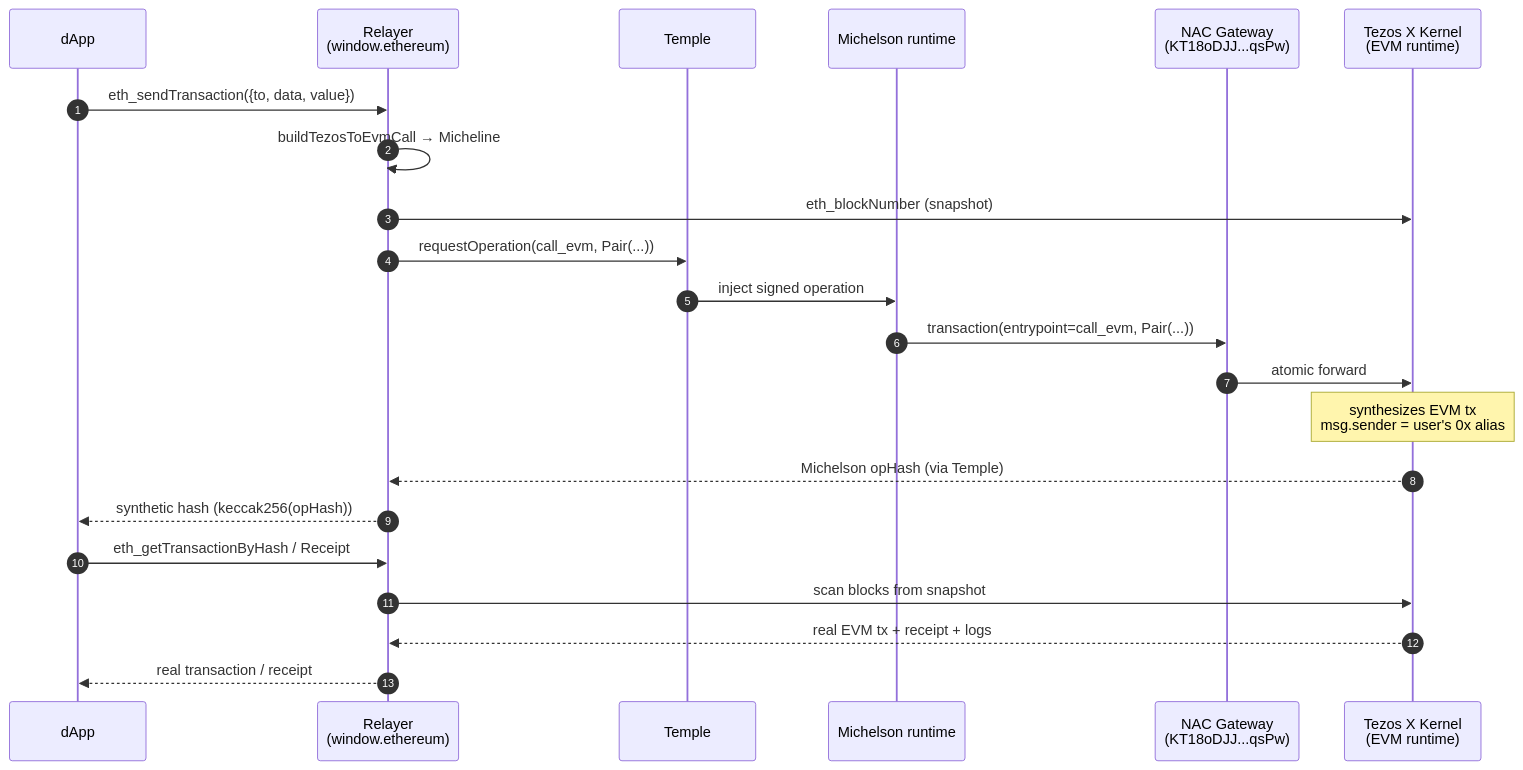
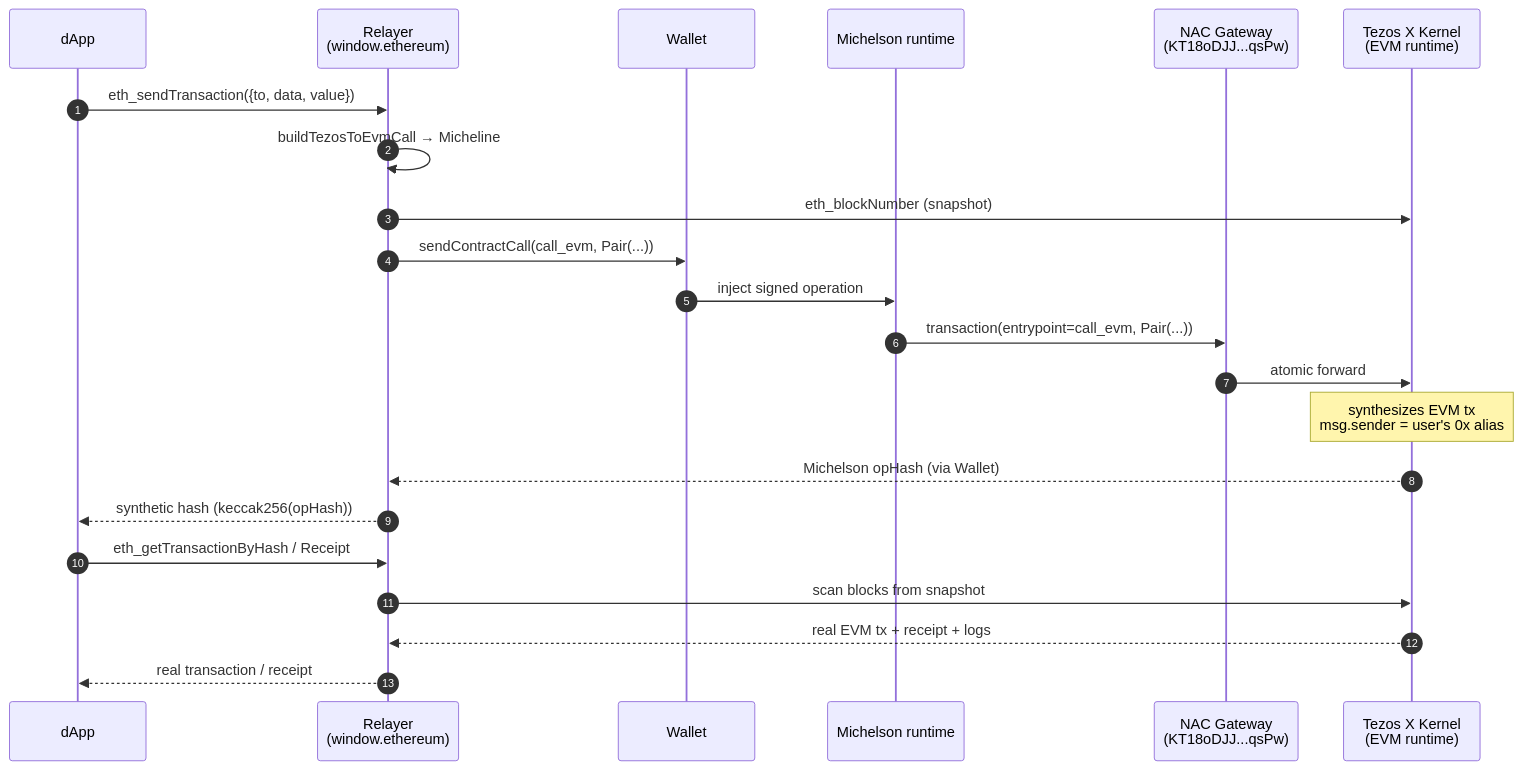
One commit to Rasalghulsslayer/tezos-x-wallet-mod changed the diagram in website/docs/architecture/nac-gateway.md. Above: the diagram before and after it, drawn with Mermaid. The commit also changed other lines of this file and 498 other files, not shown here.

````diff
--- a/website/docs/architecture/nac-gateway.md
+++ b/website/docs/architecture/nac-gateway.md
@@ -115,25 +125,25 @@
 ```mermaid
 sequenceDiagram
     autonumber
     participant dApp
     participant Relayer as Relayer<br/>(window.ethereum)
-    participant Temple
+    participant Wallet
     participant Michelson as Michelson runtime
     participant Gateway as NAC Gateway<br/>(KT18oDJJ...qsPw)
     participant Kernel as Tezos X Kernel<br/>(EVM runtime)
 
     dApp->>Relayer: eth_sendTransaction({to, data, value})
     Relayer->>Relayer: buildTezosToEvmCall → Micheline
     Relayer->>Kernel: eth_blockNumber (snapshot)
-    Relayer->>Temple: requestOperation(call_evm, Pair(...))
-    Temple->>Michelson: inject signed operation
+    Relayer->>Wallet: sendContractCall(call_evm, Pair(...))
+    Wallet->>Michelson: inject signed operation
     Michelson->>Gateway: transaction(entrypoint=call_evm, Pair(...))
     Gateway->>Kernel: atomic forward
     Note over Kernel: synthesizes EVM tx<br/>msg.sender = user's 0x alias
-    Kernel-->>Relayer: Michelson opHash (via Temple)
+    Kernel-->>Relayer: Michelson opHash (via Wallet)
     Relayer-->>dApp: synthetic hash (keccak256(opHash))
     dApp->>Relayer: eth_getTransactionByHash / Receipt
     Relayer->>Kernel: scan blocks from snapshot
     Kernel-->>Relayer: real EVM tx + receipt + logs
     Relayer-->>dApp: real transaction / receipt
 ```
````
